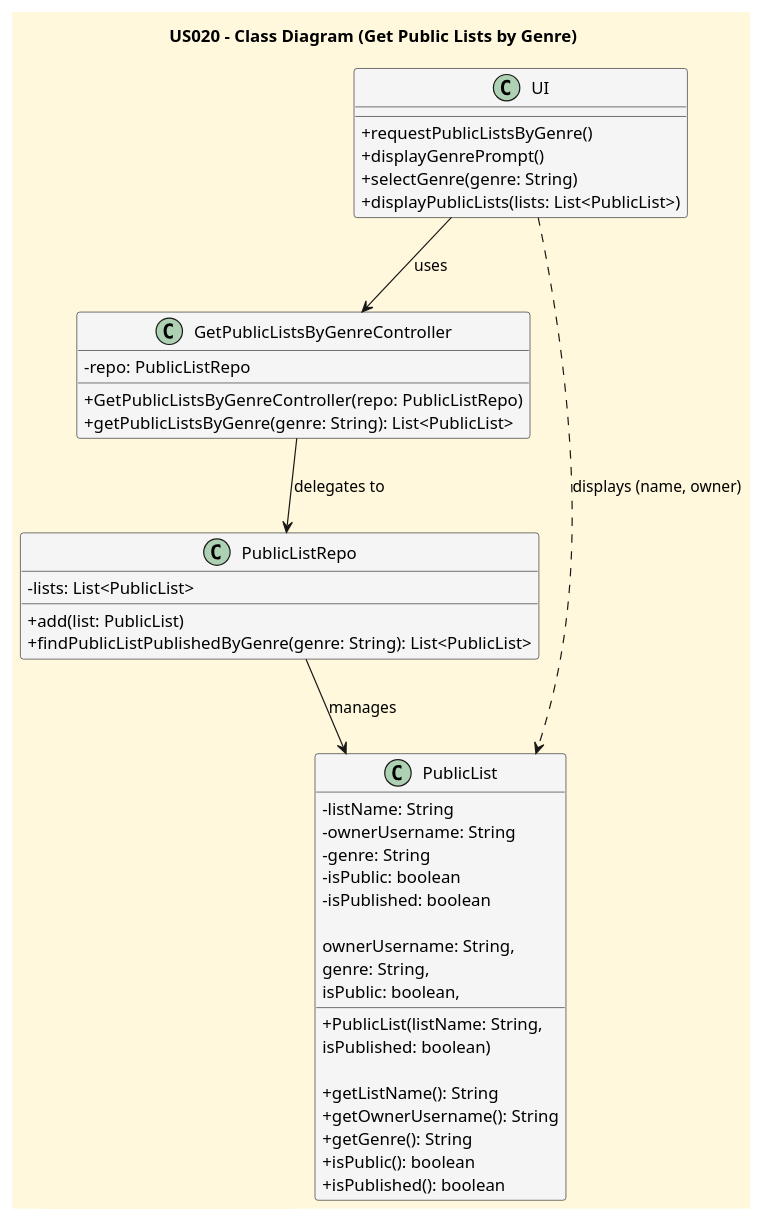
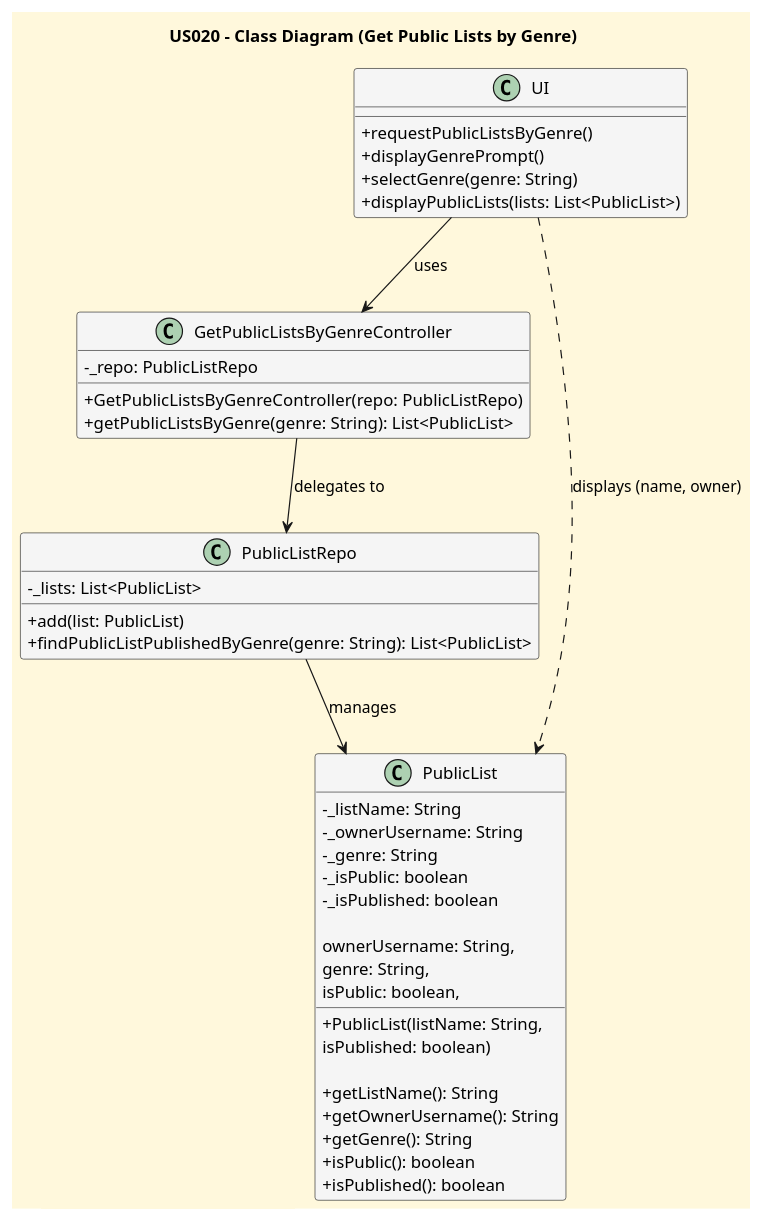
One commit to CarolinaLeite-collab/JavaMarketplacePlatform changed the diagram in docs/userStories/US020/US020_get_a_list_given_genres_CD.puml. Above: the diagram before and after it, drawn with PlantUML.

Commit message:
Resolved #133: Updated CD to improve project consistency

```diff
--- a/docs/userStories/US020/US020_get_a_list_given_genres_CD.puml
+++ b/docs/userStories/US020/US020_get_a_list_given_genres_CD.puml
@@ -1,55 +1,55 @@
 @startuml
 title US020 - Class Diagram (Get Public Lists by Genre)
 
 skinparam monochrome false
 skinparam shadowing false
 skinparam defaultFontName Futura
 skinparam backgroundColor CornSilk
 skinparam classBackgroundColor WhiteSmoke
 skinparam classAttributeIconSize 0
 
 class UI {
   +requestPublicListsByGenre()
   +displayGenrePrompt()
   +selectGenre(genre: String)
   +displayPublicLists(lists: List<PublicList>)
 }
 
 class GetPublicListsByGenreController {
-  -repo: PublicListRepo
+  -_repo: PublicListRepo
   +GetPublicListsByGenreController(repo: PublicListRepo)
   +getPublicListsByGenre(genre: String): List<PublicList>
 }
 
 class PublicListRepo {
-  -lists: List<PublicList>
+  -_lists: List<PublicList>
   +add(list: PublicList)
   +findPublicListPublishedByGenre(genre: String): List<PublicList>
 }
 
 class PublicList {
-  -listName: String
-  -ownerUsername: String
-  -genre: String
-  -isPublic: boolean
-  -isPublished: boolean
+  -_listName: String
+  -_ownerUsername: String
+  -_genre: String
+  -_isPublic: boolean
+  -_isPublished: boolean
 
   +PublicList(listName: String,
               ownerUsername: String,
               genre: String,
               isPublic: boolean,
               isPublished: boolean)
 
   +getListName(): String
   +getOwnerUsername(): String
   +getGenre(): String
   +isPublic(): boolean
   +isPublished(): boolean
 }
 
 UI --> GetPublicListsByGenreController : uses
 GetPublicListsByGenreController --> PublicListRepo : delegates to
 PublicListRepo --> PublicList : manages
 UI ..> PublicList : displays (name, owner)
 
 @enduml
```
